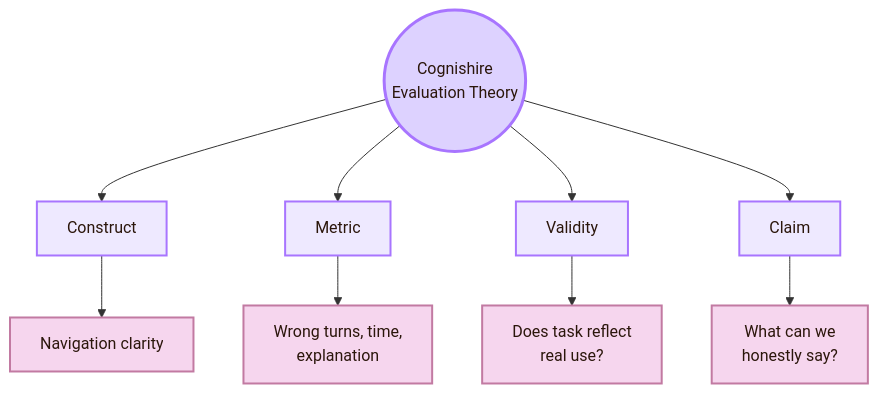
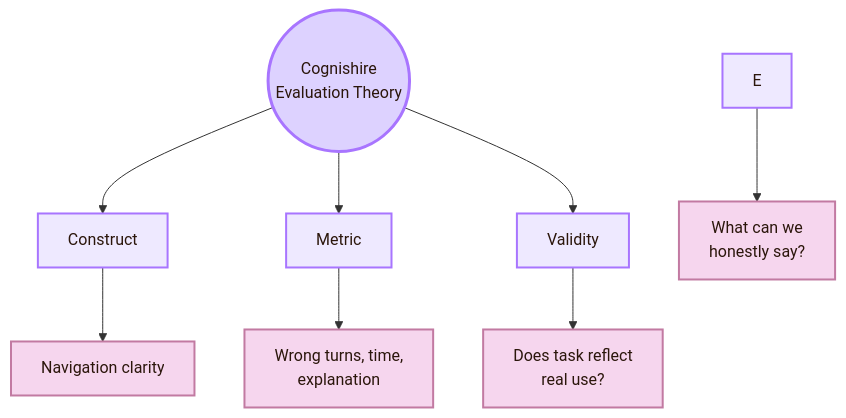
Diagram 14 of 14 in 01_Core_Area_HCI/001_Subareas/03_Evaluating_the_Design/Activities/Theory.md (andreitegzes06-ui/CogniShire), drawn with Mermaid before and after one commit. The commit also changed other lines of this file and 131 other files, not shown here.

````diff
--- a/01_Core_Area_HCI/001_Subareas/03_Evaluating_the_Design/Activities/Theory.md
+++ b/01_Core_Area_HCI/001_Subareas/03_Evaluating_the_Design/Activities/Theory.md
@@ -530,22 +505,21 @@
 ```mermaid
 flowchart TB
     A((Cognishire<br/>Evaluation Theory))
 
     A --> B[Construct]
     A --> C[Metric]
     A --> D[Validity]
-    A --> E[Claim]
 
     B --> B1[Navigation clarity]
     C --> C1[Wrong turns, time,<br/>explanation]
     D --> D1[Does task reflect<br/>real use?]
     E --> E1[What can we<br/>honestly say?]
 
     classDef center fill:#ddd2ff,stroke:#a875ff,color:#2b160b,stroke-width:3px;
     classDef node fill:#eee9ff,stroke:#a875ff,color:#2b160b,stroke-width:2px;
     classDef detail fill:#f6d6ee,stroke:#c27aa2,color:#2b160b,stroke-width:2px;
 
     class A center;
     class B,C,D,E node;
     class B1,C1,D1,E1 detail;
 ```
````
